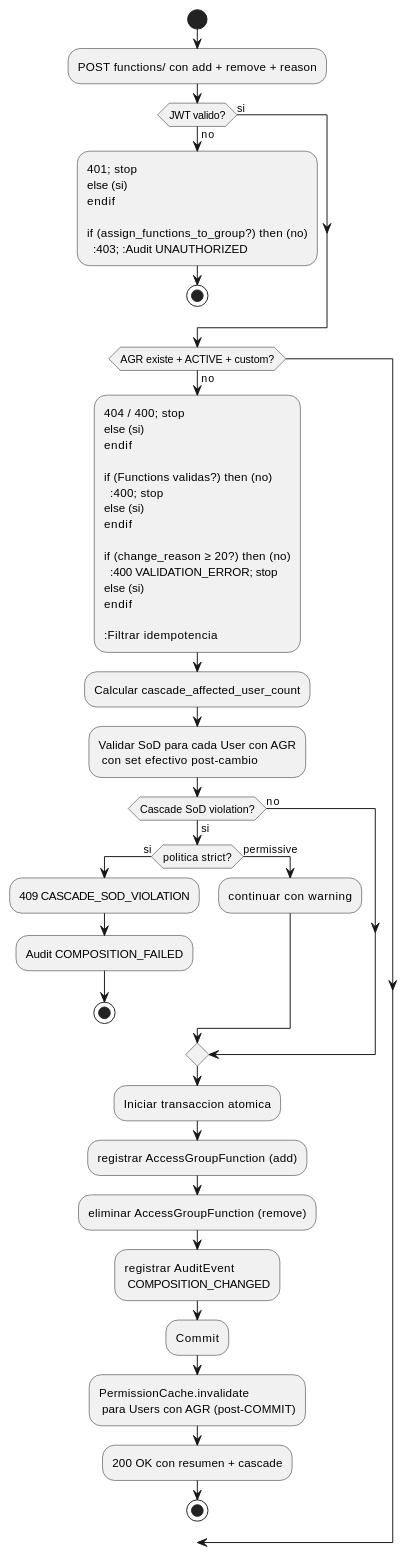
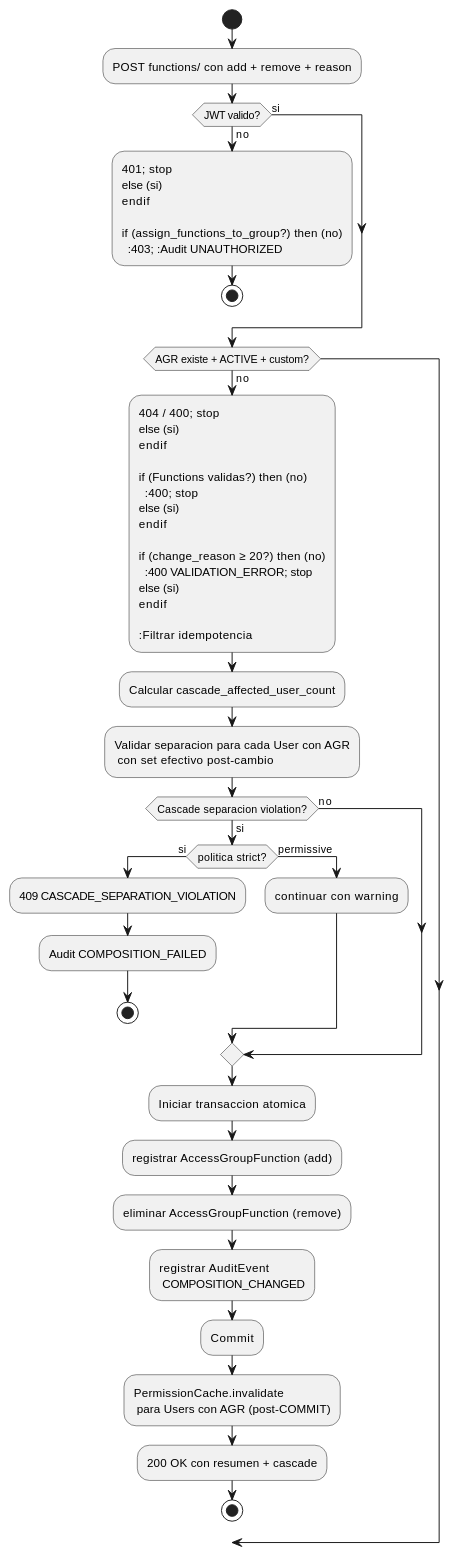
The diagram in source/requisitos/casos-uso/permissions/uc-perm-06/diagramas-uml/diagrama-de-actividad.rst (jcg-admin/IACT-docs), drawn with PlantUML before and after one commit. The commit also changed 148 other files, not shown here.

```diff
--- a/source/requisitos/casos-uso/permissions/uc-perm-06/diagramas-uml/diagrama-de-actividad.rst
+++ b/source/requisitos/casos-uso/permissions/uc-perm-06/diagramas-uml/diagrama-de-actividad.rst
@@ -4,65 +4,65 @@
 .. uml::
  :caption: UC_PERM_06 — actividad
 
  @startuml
 
  start
 
  :POST functions/ con add + remove + reason;
 
  if (JWT valido?) then (no)
    :401; stop
  else (si)
  endif
 
  if (assign_functions_to_group?) then (no)
    :403; :Audit UNAUTHORIZED;
    stop
  else (si)
  endif
 
  if (AGR existe + ACTIVE + custom?) then (no)
    :404 / 400; stop
  else (si)
  endif
 
  if (Functions validas?) then (no)
    :400; stop
  else (si)
  endif
 
  if (change_reason ≥ 20?) then (no)
    :400 VALIDATION_ERROR; stop
  else (si)
  endif
 
  :Filtrar idempotencia;
  :Calcular cascade_affected_user_count;
- :Validar SoD para cada User con AGR
+ :Validar separacion para cada User con AGR
   con set efectivo post-cambio;
 
- if (Cascade SoD violation?) then (si)
+ if (Cascade separacion violation?) then (si)
    if (politica strict?) then (si)
-     :409 CASCADE_SOD_VIOLATION;
+     :409 CASCADE_SEPARATION_VIOLATION;
      :Audit COMPOSITION_FAILED;
      stop
    else (permissive)
      :continuar con warning;
    endif
  else (no)
  endif
 
  :Iniciar transaccion atomica;
  :registrar AccessGroupFunction (add);
  :eliminar AccessGroupFunction (remove);
  :registrar AuditEvent
   COMPOSITION_CHANGED;
  :Commit;
 
  :PermissionCache.invalidate
   para Users con AGR (post-COMMIT);
  :200 OK con resumen + cascade;
 
  stop
 
  @enduml
```
